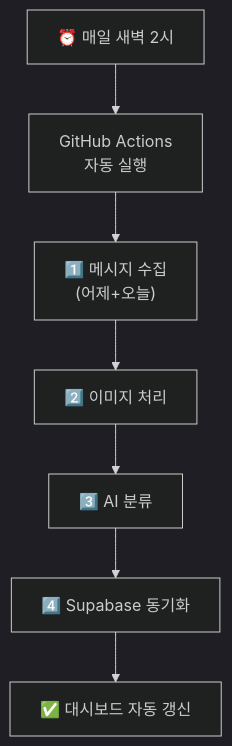
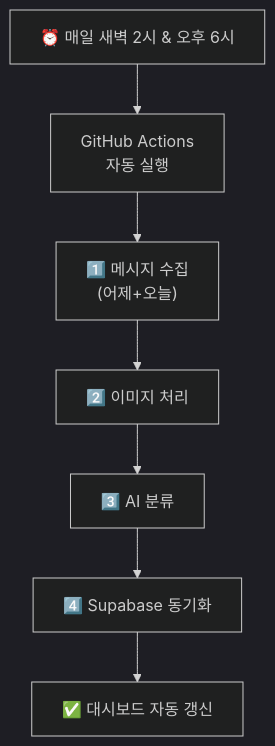
Before and after one commit to chonghlee-cmyk/slack_messages: the seventh of 7 diagrams in ARCHITECTURE.md, drawn with Mermaid (dark theme). The commit also changed other lines of this file and 2 other files, not shown here.

````diff
--- a/ARCHITECTURE.md
+++ b/ARCHITECTURE.md
@@ -210,9 +210,9 @@
 ```mermaid
 flowchart TB
-    A["⏰ 매일 새벽 2시"] --> B["GitHub Actions<br/>자동 실행"]
+    A["⏰ 매일 새벽 2시 & 오후 6시"] --> B["GitHub Actions<br/>자동 실행"]
     B --> C["1️⃣ 메시지 수집<br/>(어제+오늘)"]
     C --> D["2️⃣ 이미지 처리"]
     D --> E["3️⃣ AI 분류"]
     E --> F["4️⃣ Supabase 동기화"]
     F --> G["✅ 대시보드 자동 갱신"]
 ```
````
